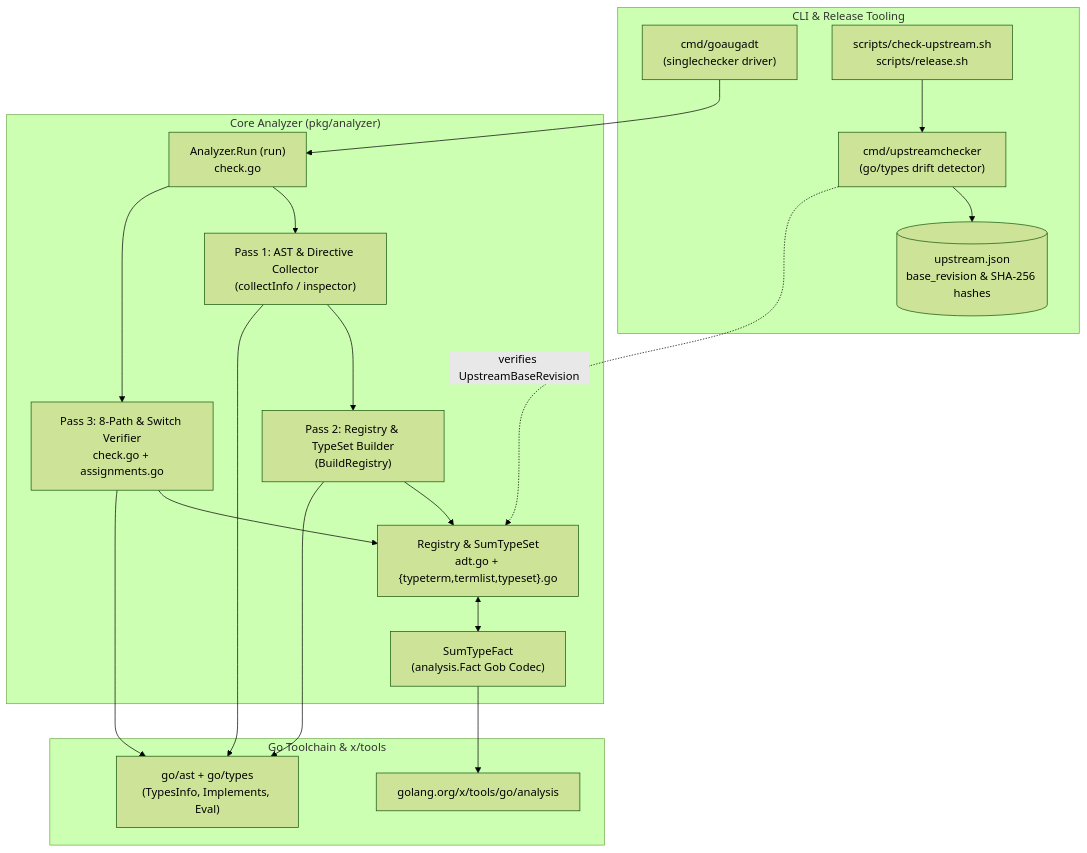
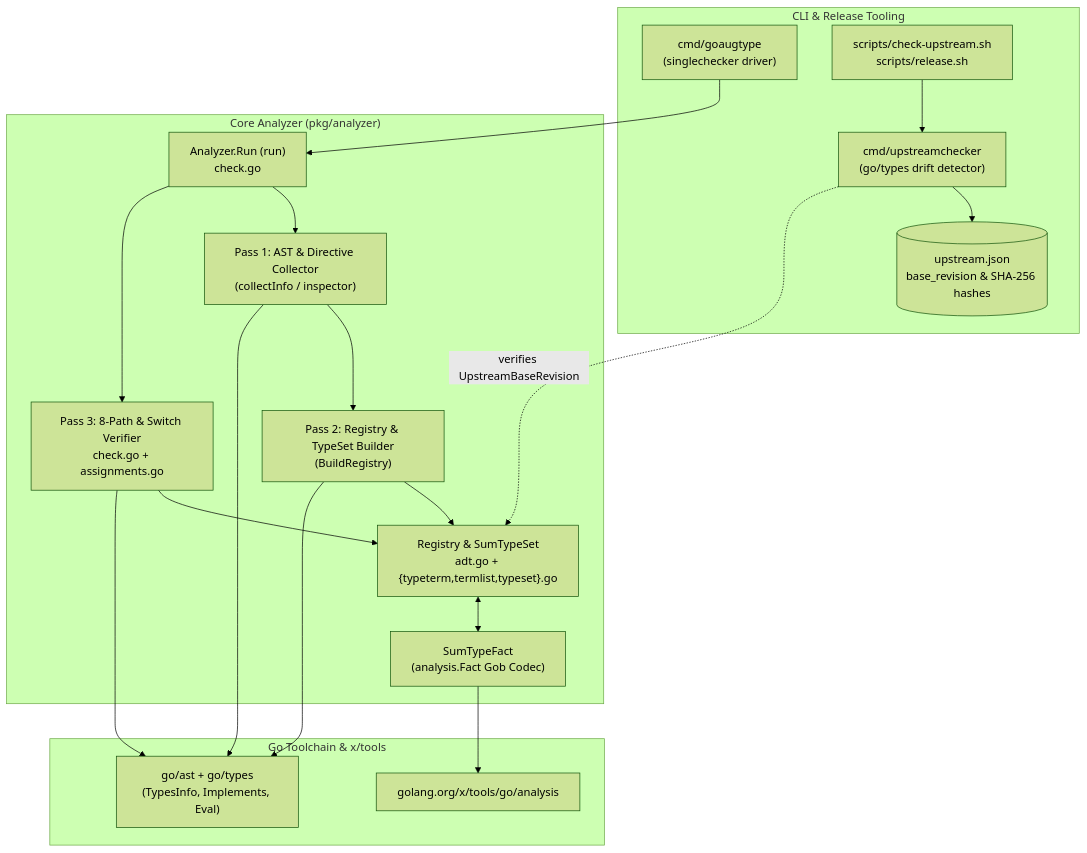
The first of 7 diagrams in docs/ARCHITECTURE.md (routis819/goaugtype), drawn with Mermaid (forest theme) before and after one commit. The commit also changed other lines of this file and 19 other files, not shown here.

Commit message:
feat!: unify CLI binary to cmd/goaugtype and adopt //goaugtype:sum directive (#17)

````diff
--- a/docs/ARCHITECTURE.md
+++ b/docs/ARCHITECTURE.md
@@ -19,40 +19,40 @@
 ```mermaid
 flowchart TB
     subgraph Tooling["CLI & Release Tooling"]
-        CLI["cmd/goaugadt<br/>(singlechecker driver)"]
+        CLI["cmd/goaugtype<br/>(singlechecker driver)"]
         UCheck["cmd/upstreamchecker<br/>(go/types drift detector)"]
         Scripts["scripts/check-upstream.sh<br/>scripts/release.sh"]
         UJSON[("upstream.json<br/>base_revision & SHA-256 hashes")]
     end
 
     subgraph Engine["Core Analyzer (pkg/analyzer)"]
         Entry["Analyzer.Run (run)<br/>check.go"]
         Collector["Pass 1: AST & Directive Collector<br/>(collectInfo / inspector)"]
         Builder["Pass 2: Registry & TypeSet Builder<br/>(BuildRegistry)"]
         Registry["Registry & SumTypeSet<br/>adt.go + {typeterm,termlist,typeset}.go"]
         Checker["Pass 3: 8-Path & Switch Verifier<br/>check.go + assignments.go"]
         Facts["SumTypeFact<br/>(analysis.Fact Gob Codec)"]
     end
 
     subgraph GoStd["Go Toolchain & x/tools"]
         GoAnalysis["golang.org/x/tools/go/analysis"]
         GoTypes["go/ast + go/types<br/>(TypesInfo, Implements, Eval)"]
     end
 
     CLI --> Entry
     Scripts --> UCheck
     UCheck --> UJSON
     UCheck -. "verifies UpstreamBaseRevision" .-> Registry
 
     Entry --> Collector
     Collector --> Builder
     Builder --> Registry
     Registry <--> Facts
     Entry --> Checker
     Checker --> Registry
 
     Collector --> GoTypes
     Builder --> GoTypes
     Checker --> GoTypes
     Facts --> GoAnalysis
 ```
````
